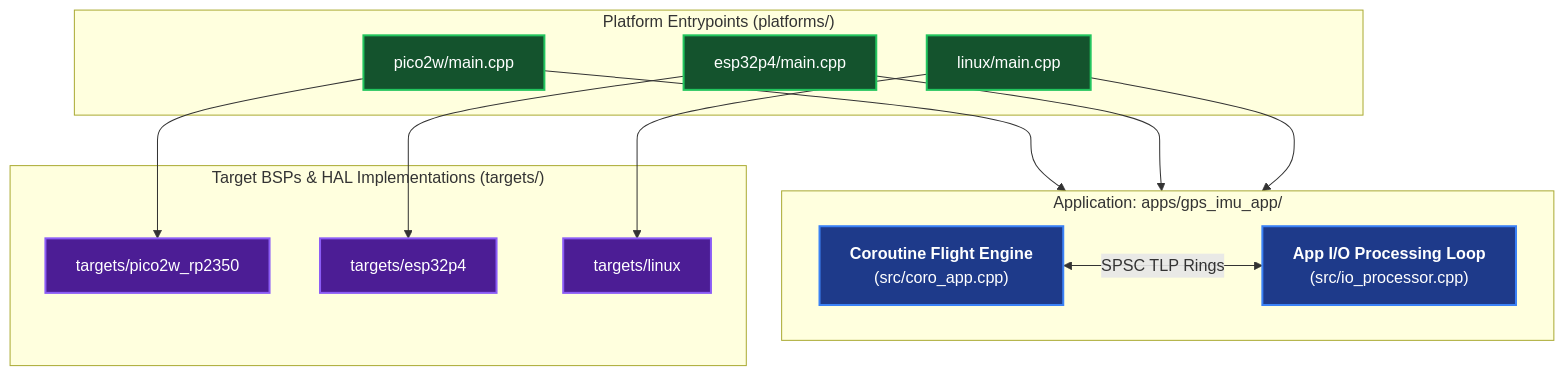
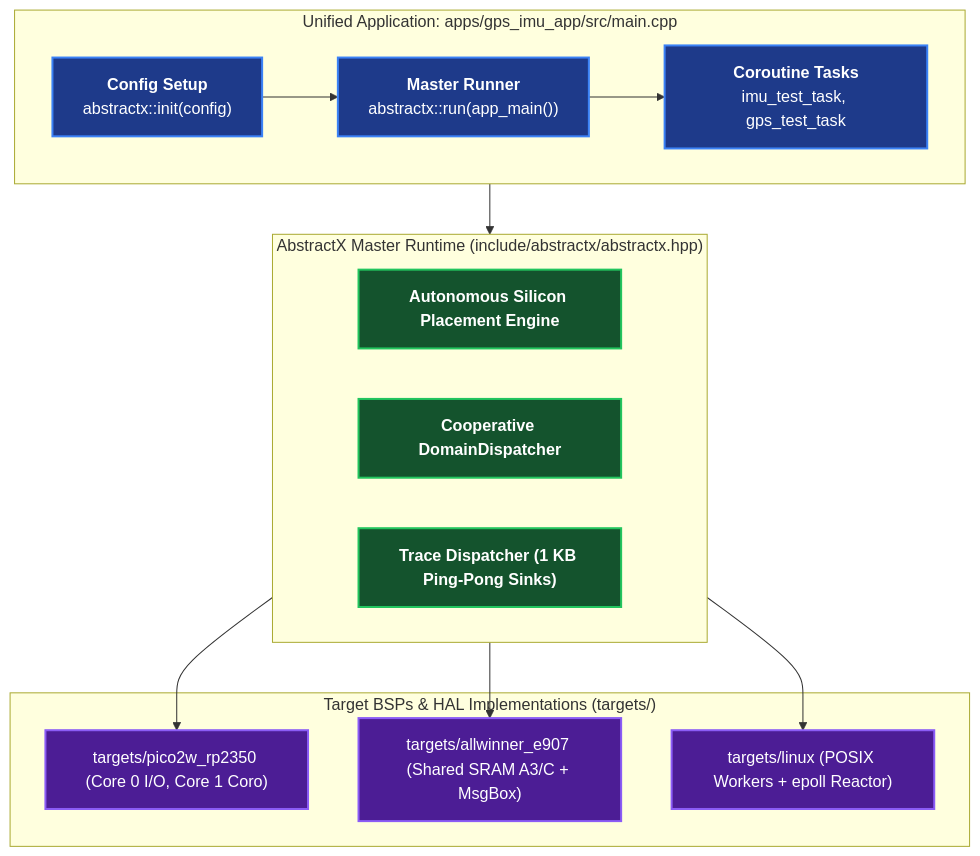
One commit to tcmichals/AbstractX changed the diagram in apps/README.md. Above: the diagram before and after it, drawn with Mermaid. The commit also changed other lines of this file and 39 other files, not shown here.

First line of the commit message:
feat: unify master runtime API, CTF trace sinks, platform topology, and studio visualizer

````diff
--- a/apps/README.md
+++ b/apps/README.md
@@ -23,36 +22,35 @@
 ```mermaid
 graph TD
-    subgraph APP["Application: apps/gps_imu_app/"]
-        CORO["<b>Coroutine Flight Engine</b><br/>(src/coro_app.cpp)"]
-        IOPROC["<b>App I/O Processing Loop</b><br/>(src/io_processor.cpp)"]
-        CORO <-->|SPSC TLP Rings| IOPROC
+    subgraph APP["Unified Application: apps/gps_imu_app/src/main.cpp"]
+        CONFIG["<b>Config Setup</b><br/>abstractx::init(config)"]
+        CORO["<b>Coroutine Tasks</b><br/>imu_test_task, gps_test_task"]
+        RUN["<b>Master Runner</b><br/>abstractx::run(app_main())"]
+        CONFIG --> RUN
+        RUN --> CORO
     end
 
-    subgraph PLATFORMS["Platform Entrypoints (platforms/)"]
-        P_PICO["pico2w/main.cpp"]
-        P_ESP["esp32p4/main.cpp"]
-        P_LINUX["linux/main.cpp"]
+    subgraph RUNTIME["AbstractX Master Runtime (include/abstractx/abstractx.hpp)"]
+        AUTOPLACE["<b>Autonomous Silicon Placement Engine</b>"]
+        DISP["<b>Cooperative DomainDispatcher</b>"]
+        TRACE["<b>Trace Dispatcher (1 KB Ping-Pong Sinks)</b>"]
     end
 
     subgraph TARGETS["Target BSPs & HAL Implementations (targets/)"]
-        T_PICO["targets/pico2w_rp2350"]
-        T_ESP["targets/esp32p4"]
-        T_LINUX["targets/linux"]
+        T_PICO["targets/pico2w_rp2350 (Core 0 I/O, Core 1 Coro)"]
+        T_E907["targets/allwinner_e907 (Shared SRAM A3/C + MsgBox)"]
+        T_LINUX["targets/linux (POSIX Workers + epoll Reactor)"]
     end
 
-    P_PICO --> T_PICO
-    P_ESP --> T_ESP
-    P_LINUX --> T_LINUX
-
-    P_PICO --> APP
-    P_ESP --> APP
-    P_LINUX --> APP
+    APP --> RUNTIME
+    RUNTIME --> T_PICO
+    RUNTIME --> T_E907
+    RUNTIME --> T_LINUX
 
     classDef appStyle fill:#1e3a8a,stroke:#3b82f6,stroke-width:2px,color:#ffffff;
-    classDef platStyle fill:#14532d,stroke:#22c55e,stroke-width:2px,color:#ffffff;
+    classDef rtStyle fill:#14532d,stroke:#22c55e,stroke-width:2px,color:#ffffff;
     classDef tgtStyle fill:#4c1d95,stroke:#8b5cf6,stroke-width:2px,color:#ffffff;
 
-    class CORO,IOPROC appStyle;
-    class P_PICO,P_ESP,P_LINUX platStyle;
-    class T_PICO,T_ESP,T_LINUX tgtStyle;
+    class CONFIG,CORO,RUN appStyle;
+    class AUTOPLACE,DISP,TRACE rtStyle;
+    class T_PICO,T_E907,T_LINUX tgtStyle;
 ```
````
